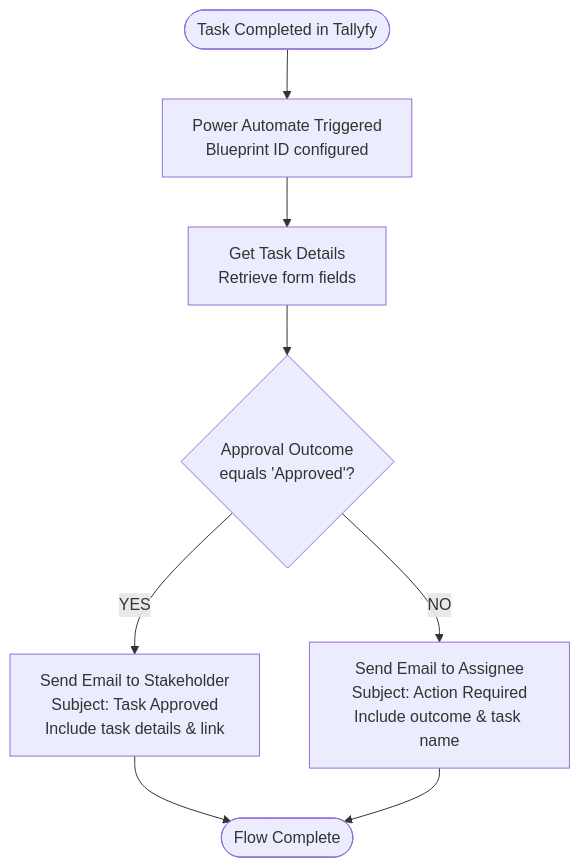
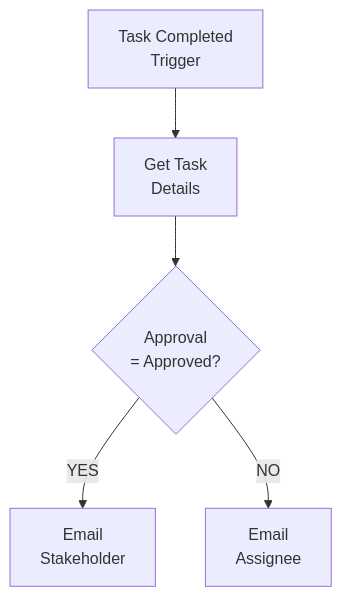
Before and after one commit to tallyfy/documentation: the diagram in src/content/docs/pro/integrations/middleware/power-automate/using-conditional-logic-in-power-automate.mdx, drawn with Mermaid. The commit also changed 4 other files, not shown here.

First line of the commit message:
Simplify complex Mermaid diagrams for better readability

````diff
--- a/src/content/docs/pro/integrations/middleware/power-automate/using-conditional-logic-in-power-automate.mdx
+++ b/src/content/docs/pro/integrations/middleware/power-automate/using-conditional-logic-in-power-automate.mdx
@@ -91,16 +91,11 @@
 ```mermaid
 flowchart TD
-    Start([Task Completed in Tallyfy]) --> Trigger[Power Automate Triggered<br/>Blueprint ID configured]
-    Trigger --> GetDetails[Get Task Details<br/>Retrieve form fields]
-    GetDetails --> CheckApproval{Approval Outcome<br/>equals 'Approved'?}
+    Trigger[Task Completed<br/>Trigger] --> GetDetails[Get Task<br/>Details]
+    GetDetails --> Check{Approval<br/>= Approved?}
     
-    CheckApproval -->|YES| ApprovedEmail[Send Email to Stakeholder<br/>Subject: Task Approved<br/>Include task details & link]
-    CheckApproval -->|NO| ActionEmail[Send Email to Assignee<br/>Subject: Action Required<br/>Include outcome & task name]
-    
-    ApprovedEmail --> End([Flow Complete])
-    ActionEmail --> End
-    
+    Check -->|YES| Stakeholder[Email<br/>Stakeholder]
+    Check -->|NO| Assignee[Email<br/>Assignee]
     
     click GetDetails "/products/pro/tracking-and-tasks/tasks/" "Learn about Tallyfy tasks"
-    click CheckApproval "/products/pro/tracking-and-tasks/tasks/what-are-form-fields-in-tallyfy/" "Understanding form fields"
+    click Check "/products/pro/tracking-and-tasks/tasks/what-are-form-fields-in-tallyfy/" "Understanding form fields"
 ```
````
